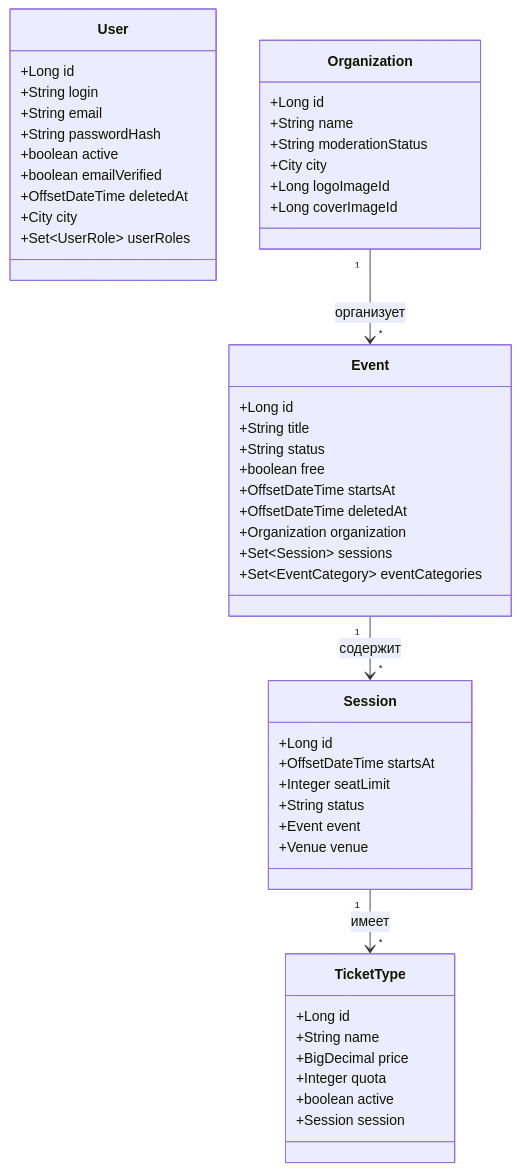
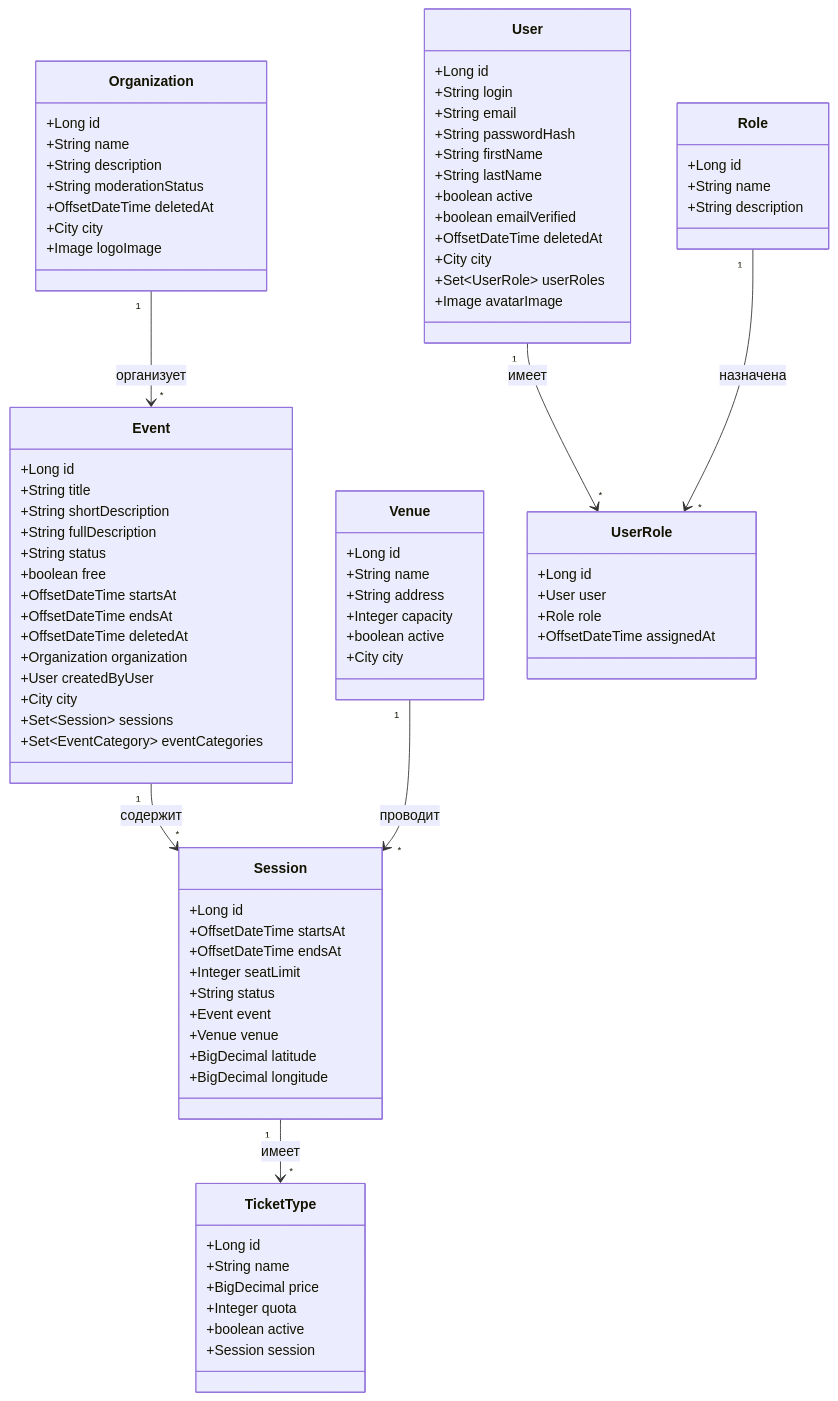
Before and after one commit to akarui-shi/festival-app: the fourth of 14 diagrams in diplom/diplom.md, drawn with Mermaid. The commit also changed other lines of this file, not shown here.

````diff
--- a/diplom/diplom.md
+++ b/diplom/diplom.md
@@ -893,53 +1014,94 @@
 ```mermaid
 classDiagram
-    class User {
-        +Long id
-        +String login
-        +String email
-        +String passwordHash
-        +boolean active
-        +boolean emailVerified
-        +OffsetDateTime deletedAt
-        +City city
-        +Set~UserRole~ userRoles
-    }
-    class Event {
-        +Long id
-        +String title
-        +String status
-        +boolean free
-        +OffsetDateTime startsAt
-        +OffsetDateTime deletedAt
-        +Organization organization
-        +Set~Session~ sessions
-        +Set~EventCategory~ eventCategories
-    }
-    class Session {
-        +Long id
-        +OffsetDateTime startsAt
-        +Integer seatLimit
-        +String status
-        +Event event
-        +Venue venue
-    }
-    class Organization {
-        +Long id
-        +String name
-        +String moderationStatus
-        +City city
-        +Long logoImageId
-        +Long coverImageId
-    }
-    class TicketType {
-        +Long id
-        +String name
-        +BigDecimal price
-        +Integer quota
-        +boolean active
-        +Session session
-    }
+  class User {
+    +Long id
+    +String login
+    +String email
+    +String passwordHash
+    +String firstName
+    +String lastName
+    +boolean active
+    +boolean emailVerified
+    +OffsetDateTime deletedAt
+    +City city
+    +Set~UserRole~ userRoles
+    +Image avatarImage
+  }
 
-    Organization "1" --> "*" Event : организует
-    Event "1" --> "*" Session : содержит
-    Session "1" --> "*" TicketType : имеет
+  class Event {
+    +Long id
+    +String title
+    +String shortDescription
+    +String fullDescription
+    +String status
+    +boolean free
+    +OffsetDateTime startsAt
+    +OffsetDateTime endsAt
+    +OffsetDateTime deletedAt
+    +Organization organization
+    +User createdByUser
+    +City city
+    +Set~Session~ sessions
+    +Set~EventCategory~ eventCategories
+  }
+
+  class Session {
+    +Long id
+    +OffsetDateTime startsAt
+    +OffsetDateTime endsAt
+    +Integer seatLimit
+    +String status
+    +Event event
+    +Venue venue
+    +BigDecimal latitude
+    +BigDecimal longitude
+  }
+
+  class Organization {
+    +Long id
+    +String name
+    +String description
+    +String moderationStatus
+    +OffsetDateTime deletedAt
+    +City city
+    +Image logoImage
+  }
+
+  class Venue {
+    +Long id
+    +String name
+    +String address
+    +Integer capacity
+    +boolean active
+    +City city
+  }
+
+  class Role {
+    +Long id
+    +String name
+    +String description
+  }
+
+  class UserRole {
+    +Long id
+    +User user
+    +Role role
+    +OffsetDateTime assignedAt
+  }
+
+  class TicketType {
+    +Long id
+    +String name
+    +BigDecimal price
+    +Integer quota
+    +boolean active
+    +Session session
+  }
+
+  User "1" --> "*" UserRole : имеет
+  Role "1" --> "*" UserRole : назначена
+  Organization "1" --> "*" Event : организует
+  Event "1" --> "*" Session : содержит
+  Session "1" --> "*" TicketType : имеет
+  Venue "1" --> "*" Session : проводит
 ```
````
